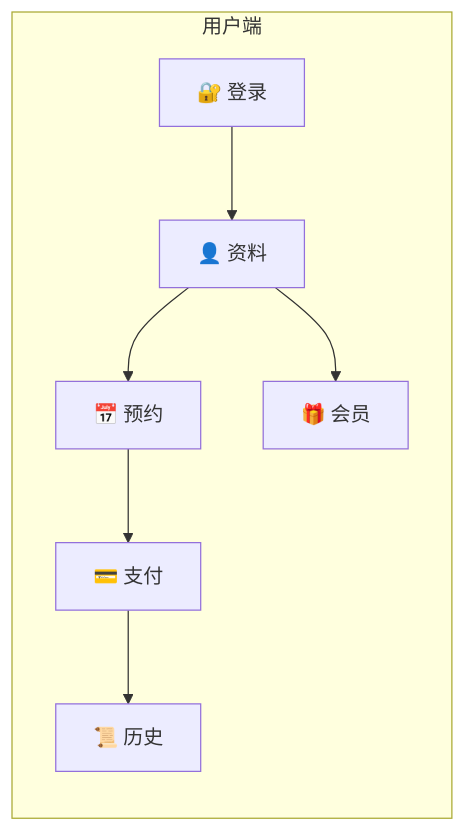
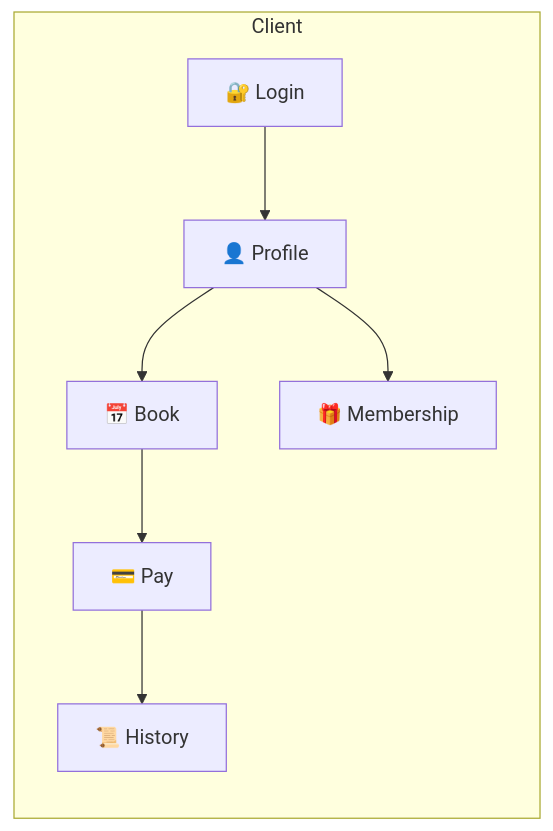
The diagram in README.md (xiaoshuiz/medical-aesthetics), drawn with Mermaid before and after one commit. The commit also changed other lines of this file, not shown here.

````diff
--- a/README.md
+++ b/README.md
@@ -26,10 +26,10 @@
 ```mermaid
 flowchart LR
-  subgraph 用户端
-    A[🔐 登录] --> B[👤 资料]
-    B --> C[📅 预约]
-    C --> D[💳 支付]
-    D --> E[📜 历史]
-    B --> F[🎁 会员]
+  subgraph Client
+    A[🔐 Login] --> B[👤 Profile]
+    B --> C[📅 Book]
+    C --> D[💳 Pay]
+    D --> E[📜 History]
+    B --> F[🎁 Membership]
   end
 ```
````
